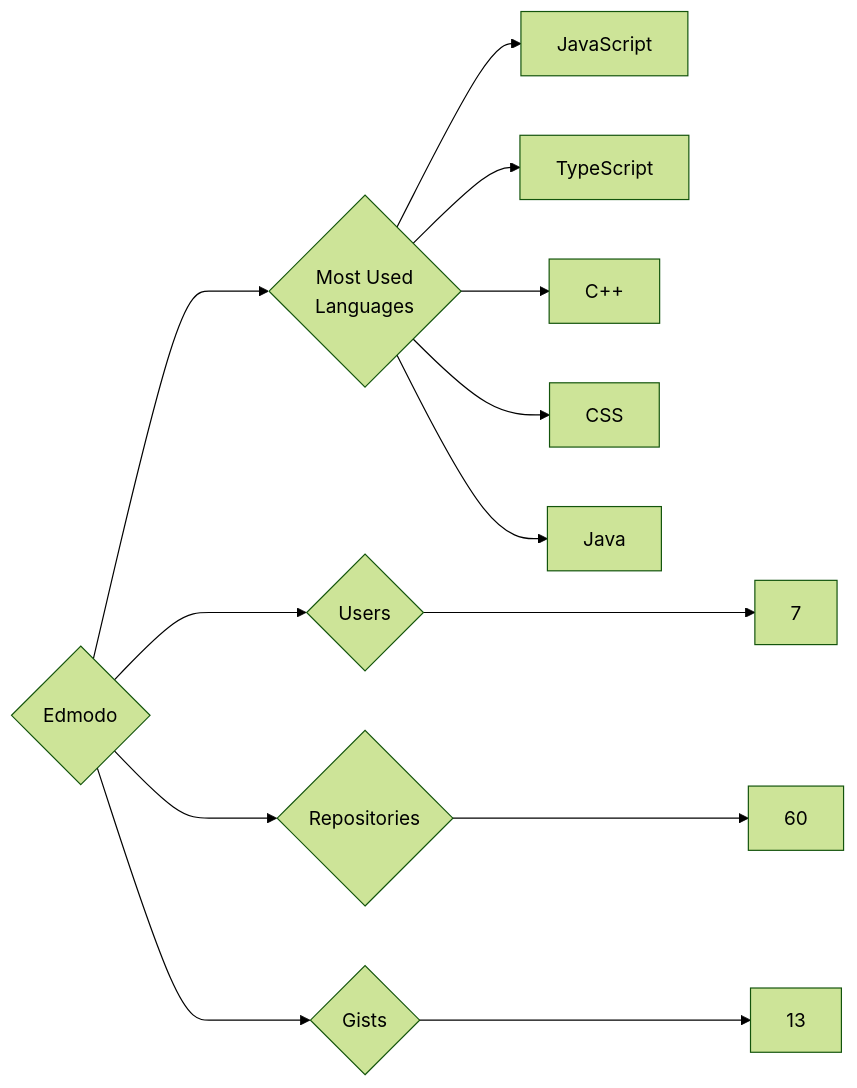
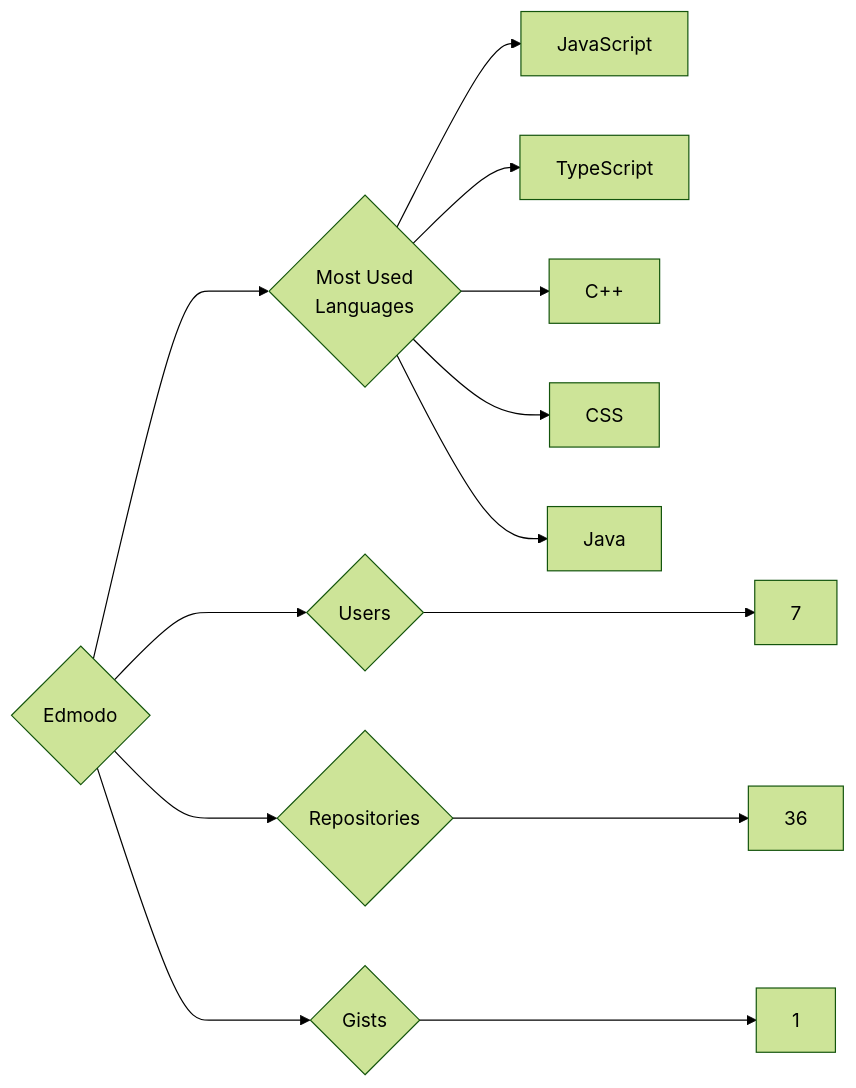
One commit to trickest/insiders changed the diagram in targets/Edmodo/README.md. Above: the diagram before and after it, drawn with Mermaid (forest theme). The commit also changed 938 other files, not shown here.

````diff
--- a/targets/Edmodo/README.md
+++ b/targets/Edmodo/README.md
@@ -3,13 +3,13 @@
 ```mermaid
 graph LR
 COMPANY_NAME{Edmodo}
 COMPANY_NAME ---> U{Users} ---> UN[7]
-COMPANY_NAME ---> R{Repositories} ---> RN[60]
-COMPANY_NAME ---> G{Gists} ---> GN[13]
+COMPANY_NAME ---> R{Repositories} ---> RN[36]
+COMPANY_NAME ---> G{Gists} ---> GN[1]
 COMPANY_NAME ---> ML{Most Used<br>Languages}
 ML --> JavaScript[JavaScript]
 ML --> TypeScript[TypeScript]
 ML --> C++[C++]
 ML --> CSS[CSS]
 ML --> Java[Java]
 ```
````
